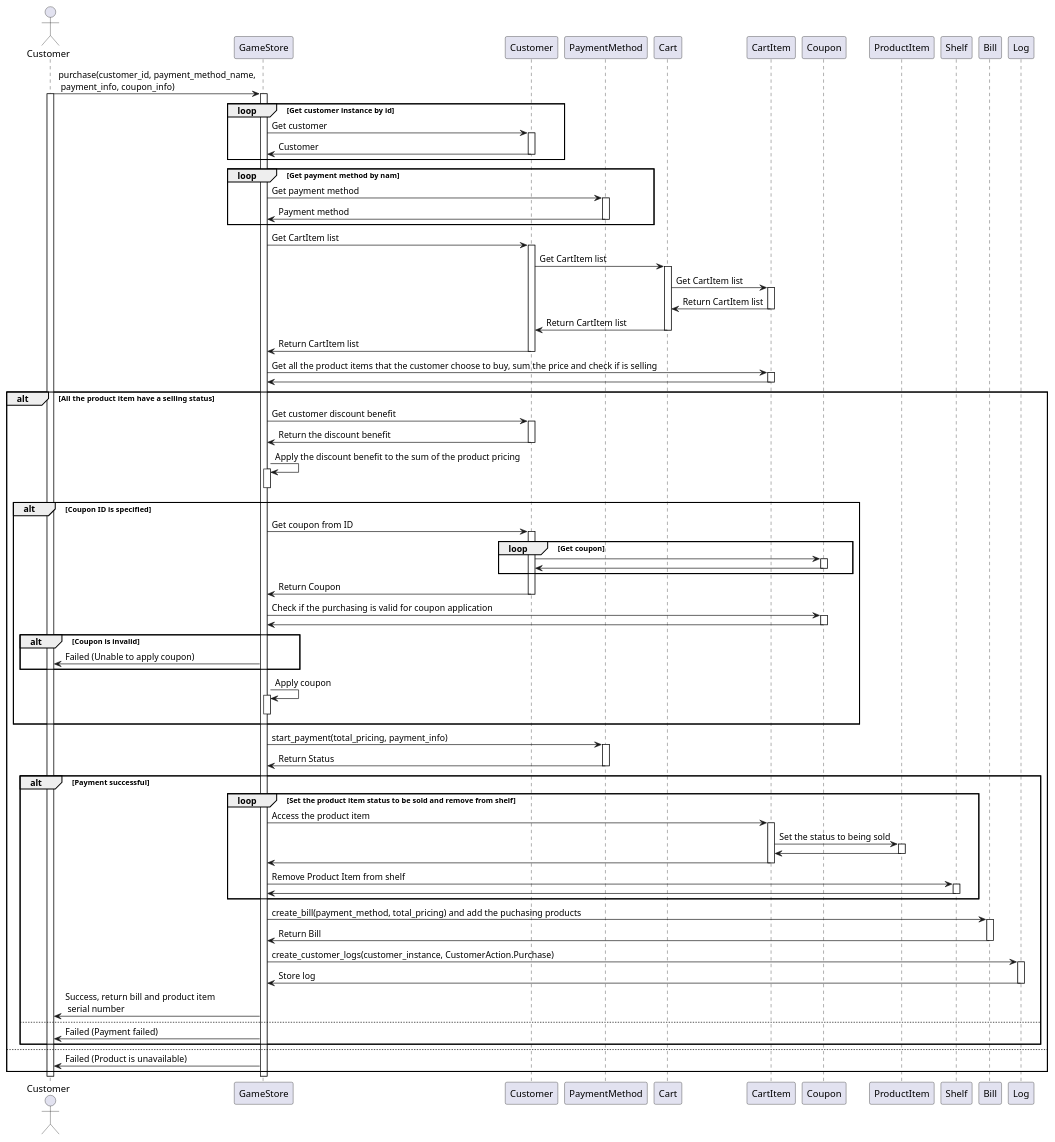
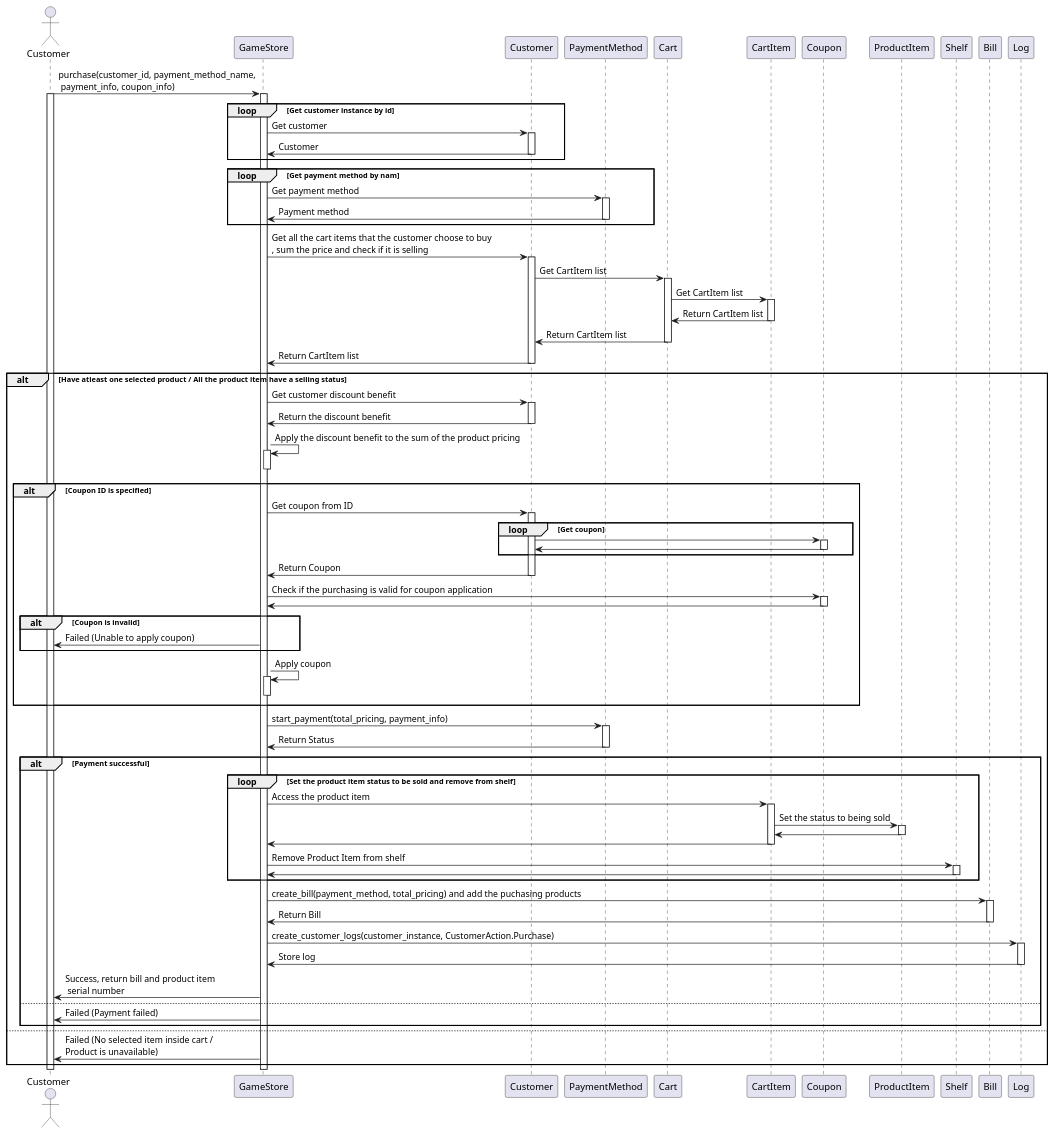
One commit to WaroonRagwongsiri/OOP_Project changed the diagram in SequenceDiagram/sequence_diagram_purchase.puml. Above: the diagram before and after it, drawn with PlantUML. The commit also changed 3 other files, not shown here.

Commit message:
"fix" purchase and the sequence diagram

```diff
--- a/SequenceDiagram/sequence_diagram_purchase.puml
+++ b/SequenceDiagram/sequence_diagram_purchase.puml
@@ -1,121 +1,116 @@
 @startuml E
 
 actor Customer as CustomerA
 
 CustomerA -> GameStore : purchase(customer_id, payment_method_name,\n payment_info, coupon_info)
 activate CustomerA
 activate GameStore
 
 loop Get customer instance by id
     GameStore -> Customer : Get customer
     activate Customer
     Customer -> GameStore : Customer
     deactivate Customer
 end
 
 loop Get payment method by nam
     GameStore -> PaymentMethod : Get payment method
     activate PaymentMethod
     PaymentMethod -> GameStore : Payment method
     deactivate PaymentMethod
 end
 
-GameStore -> Customer : Get CartItem list
+GameStore -> Customer : Get all the cart items that the customer choose to buy\n, sum the price and check if it is selling
 activate Customer
 Customer -> Cart : Get CartItem list
 activate Cart
 Cart -> CartItem : Get CartItem list
 activate CartItem
 CartItem -> Cart : Return CartItem list
 deactivate CartItem
 Cart -> Customer : Return CartItem list
 deactivate Cart
 Customer -> GameStore : Return CartItem list
 deactivate Customer
 
-GameStore -> CartItem : Get all the product items that the customer choose to buy, sum the price and check if is selling
-activate CartItem
-CartItem -> GameStore
-deactivate CartItem
-
-alt All the product item have a selling status
+alt Have atleast one selected product / All the product item have a selling status
     GameStore -> Customer : Get customer discount benefit
     activate Customer
     Customer -> GameStore : Return the discount benefit
     deactivate Customer
     GameStore -> GameStore : Apply the discount benefit to the sum of the product pricing
     activate GameStore
     deactivate GameStore
 
     alt Coupon ID is specified
         GameStore -> Customer : Get coupon from ID
         activate Customer
         loop Get coupon
             Customer -> Coupon
             activate Coupon
             Coupon -> Customer
             deactivate Coupon
         end
         Customer -> GameStore : Return Coupon
         deactivate Customer
 
         GameStore -> Coupon : Check if the purchasing is valid for coupon application
         activate Coupon
         Coupon -> GameStore
         deactivate Coupon
 
         alt Coupon is invalid
             GameStore -> CustomerA : Failed (Unable to apply coupon)
         end
 
         GameStore -> GameStore : Apply coupon
         activate GameStore
         deactivate GameStore
     end
 
     GameStore -> PaymentMethod : start_payment(total_pricing, payment_info)
     activate PaymentMethod
     PaymentMethod -> GameStore : Return Status
     deactivate PaymentMethod
 
     alt Payment successful
         loop Set the product item status to be sold and remove from shelf
             GameStore -> CartItem : Access the product item
             activate CartItem
             CartItem -> ProductItem : Set the status to being sold
             activate ProductItem
             ProductItem -> CartItem
             deactivate ProductItem
             CartItem -> GameStore
             deactivate CartItem
 
             GameStore -> Shelf : Remove Product Item from shelf
             activate Shelf
             Shelf -> GameStore
             deactivate Shelf
         end
 
         GameStore -> Bill : create_bill(payment_method, total_pricing) and add the puchasing products
         activate Bill
         Bill -> GameStore : Return Bill
         deactivate Bill
 
         GameStore -> Log : create_customer_logs(customer_instance, CustomerAction.Purchase)
         activate Log
         Log -> GameStore : Store log
         deactivate Log
 
         GameStore -> CustomerA : Success, return bill and product item\n serial number
     else
         GameStore -> CustomerA : Failed (Payment failed)
     end
 else
-    GameStore -> CustomerA : Failed (Product is unavailable)
+    GameStore -> CustomerA : Failed (No selected item inside cart /\nProduct is unavailable)
 end
 
 
 
 deactivate GameStore
 deactivate CustomerA
 
 @enduml
```
